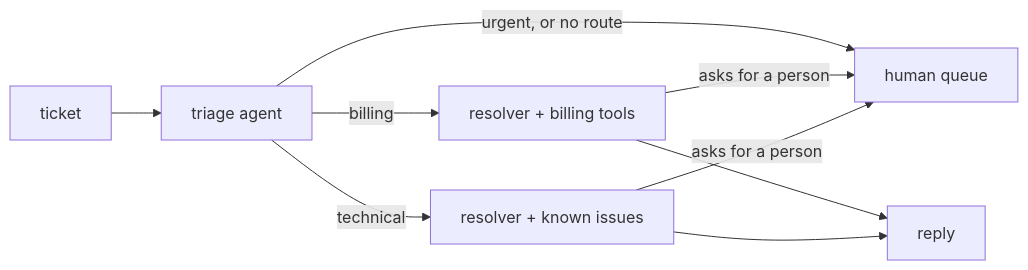
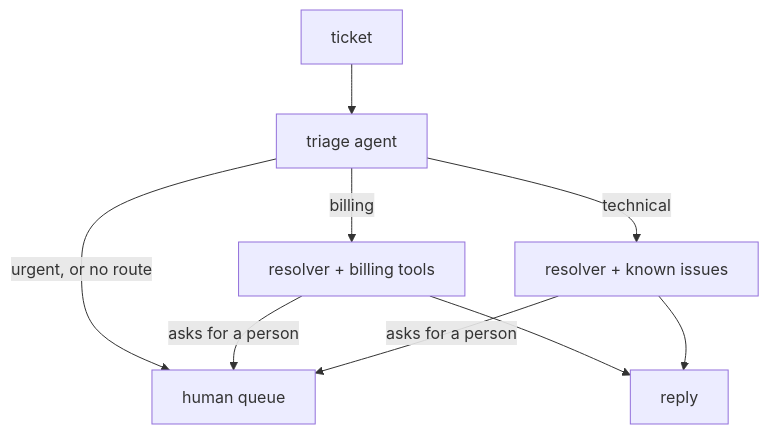
The diagram in docs/examples/support-triage.md (Productive-Superintelligence/lllm), drawn with Mermaid before and after one commit. The commit also changed 36 other files, not shown here.

First line of the commit message:
Retire the old doc pages; keep every diagram readable

````diff
--- a/docs/examples/support-triage.md
+++ b/docs/examples/support-triage.md
@@ -10,11 +10,11 @@
 ```mermaid
-flowchart LR
+flowchart TB
     T[ticket] --> C[triage agent]
     C -- "urgent, or no route" --> E[human queue]
     C -- billing --> B["resolver + billing tools"]
     C -- technical --> K["resolver + known issues"]
     B -- "asks for a person" --> E
     K -- "asks for a person" --> E
     B --> R[reply]
     K --> R
 ```
````
